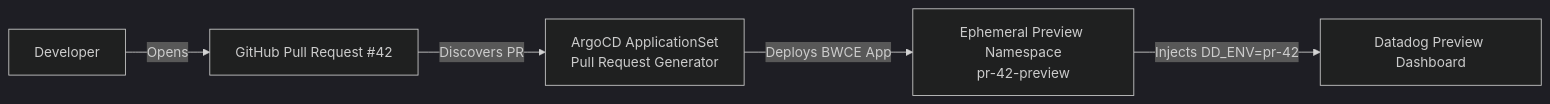
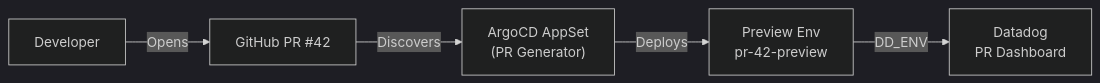
Before and after one commit to nubenetes/jenkins-git-parameter-bwce: the tenth of 10 diagrams in README.md, drawn with Mermaid (dark theme). The commit also changed other lines of this file, not shown here.

Commit message:
fix(docs): format all diagram nodes with compact line lengths to prevent browser text clipping

````diff
--- a/README.md
+++ b/README.md
@@ -501,13 +501,13 @@
 ```mermaid
 flowchart LR
     Dev["Developer"]
-    PR["GitHub Pull Request #42"]
-    AppSet["ArgoCD ApplicationSet<br/>Pull Request Generator"]
-    PreviewNS["Ephemeral Preview Namespace<br/>pr-42-preview"]
-    Datadog["Datadog Preview Dashboard"]
+    PR["GitHub PR #42"]
+    AppSet["ArgoCD AppSet<br/>(PR Generator)"]
+    PreviewNS["Preview Env<br/>pr-42-preview"]
+    Datadog["Datadog<br/>PR Dashboard"]
 
-    Dev -->|Opens| PR
-    PR -->|Discovers PR| AppSet
-    AppSet -->|Deploys BWCE App| PreviewNS
-    PreviewNS -->|Injects DD_ENV=pr-42| Datadog
+    Dev -->|"Opens"| PR
+    PR -->|"Discovers"| AppSet
+    AppSet -->|"Deploys"| PreviewNS
+    PreviewNS -->|"DD_ENV"| Datadog
 ```
````
